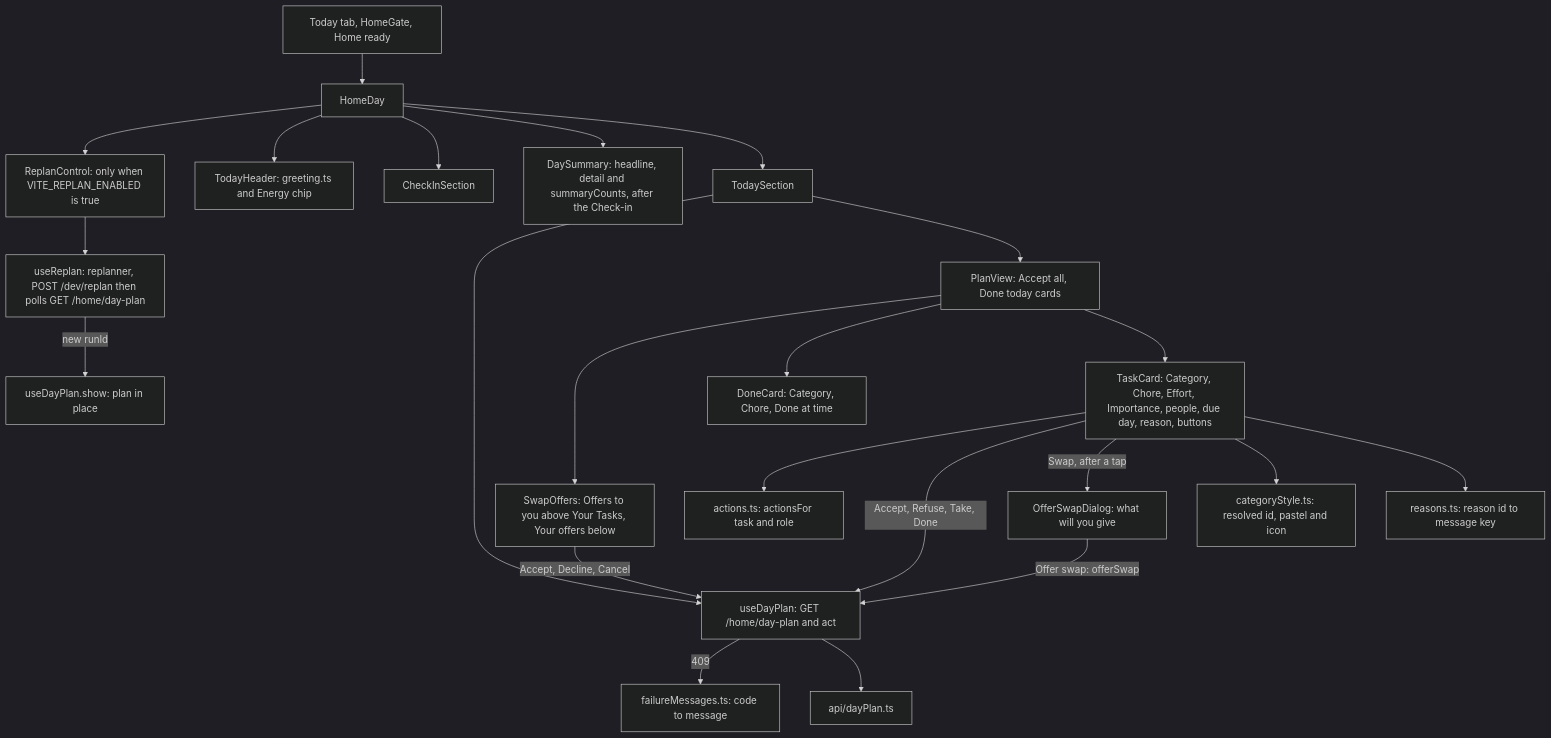
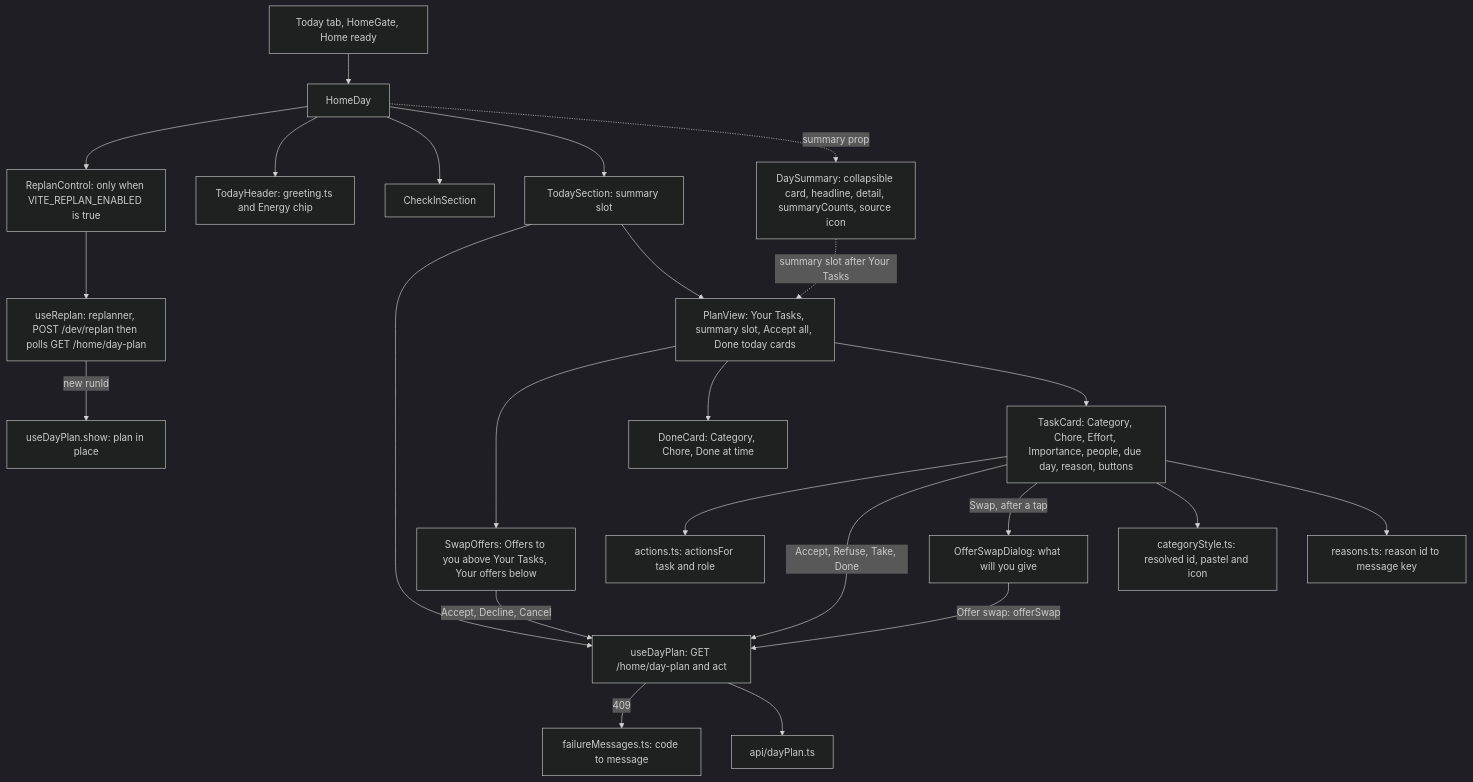
One commit to AbnerWillclefy/Homeowner changed the ninth of 11 diagrams in docs/architecture/web.md. Above: the diagram before and after it, drawn with Mermaid (dark theme). The commit also changed other lines of this file and 1 other file, not shown here.

Commit message:
docs(web): describe the summary slot, source icon and neutral tone

````diff
--- a/docs/architecture/web.md
+++ b/docs/architecture/web.md
@@ -457,25 +457,26 @@
 ```mermaid
 flowchart TD
     HS[Today tab, HomeGate, Home ready] --> HD[HomeDay]
     HD --> RC[ReplanControl: only when VITE_REPLAN_ENABLED is true]
     RC --> UR[useReplan: replanner, POST /dev/replan then polls GET /home/day-plan]
     UR -->|new runId| SHOW[useDayPlan.show: plan in place]
     HD --> TH[TodayHeader: greeting.ts and Energy chip]
     HD --> CI[CheckInSection]
-    HD --> DS[DaySummary: headline, detail and summaryCounts, after the Check-in]
-    HD --> TS[TodaySection]
+    HD --> TS[TodaySection: summary slot]
+    HD -.->|summary prop| DS[DaySummary: collapsible card, headline, detail, summaryCounts, source icon]
     TS --> UD[useDayPlan: GET /home/day-plan and act]
-    TS --> PV[PlanView: Accept all, Done today cards]
+    TS --> PV[PlanView: Your Tasks, summary slot, Accept all, Done today cards]
+    DS -.->|summary slot after Your Tasks| PV
     PV --> SO[SwapOffers: Offers to you above Your Tasks, Your offers below]
     SO -->|Accept, Decline, Cancel| UD
     PV --> DC[DoneCard: Category, Chore, Done at time]
     PV --> TC[TaskCard: Category, Chore, Effort, Importance, people, due day, reason, buttons]
     TC --> AC[actions.ts: actionsFor task and role]
     TC -->|Accept, Refuse, Take, Done| UD
     TC -->|Swap, after a tap| OD[OfferSwapDialog: what will you give]
     OD -->|Offer swap: offerSwap| UD
     UD -->|409| FM[failureMessages.ts: code to message]
     TC --> CS[categoryStyle.ts: resolved id, pastel and icon]
     TC --> R[reasons.ts: reason id to message key]
     UD --> API[api/dayPlan.ts]
 ```
````
